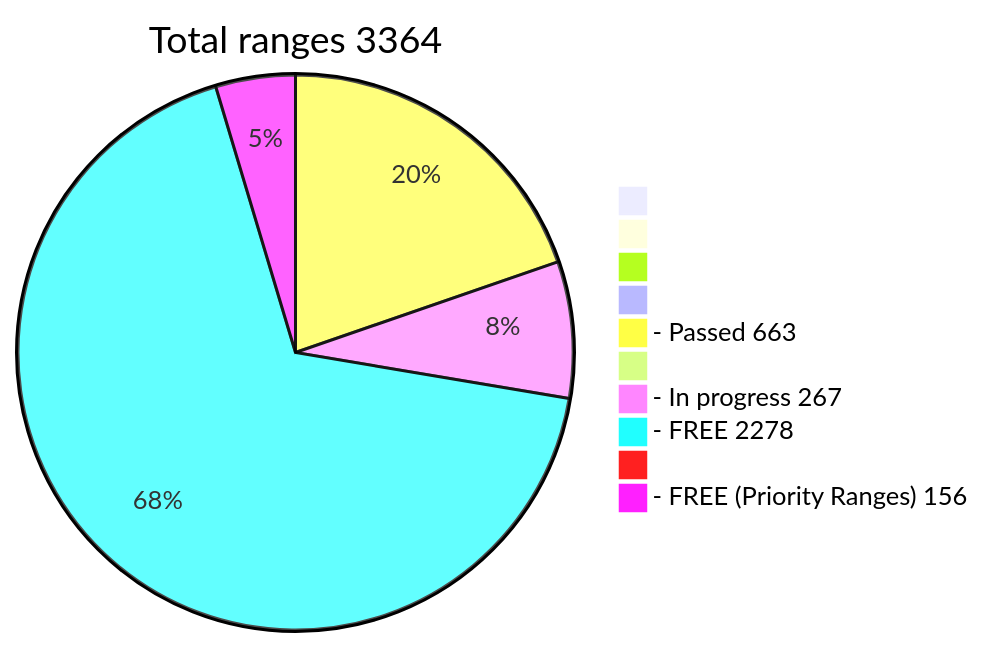
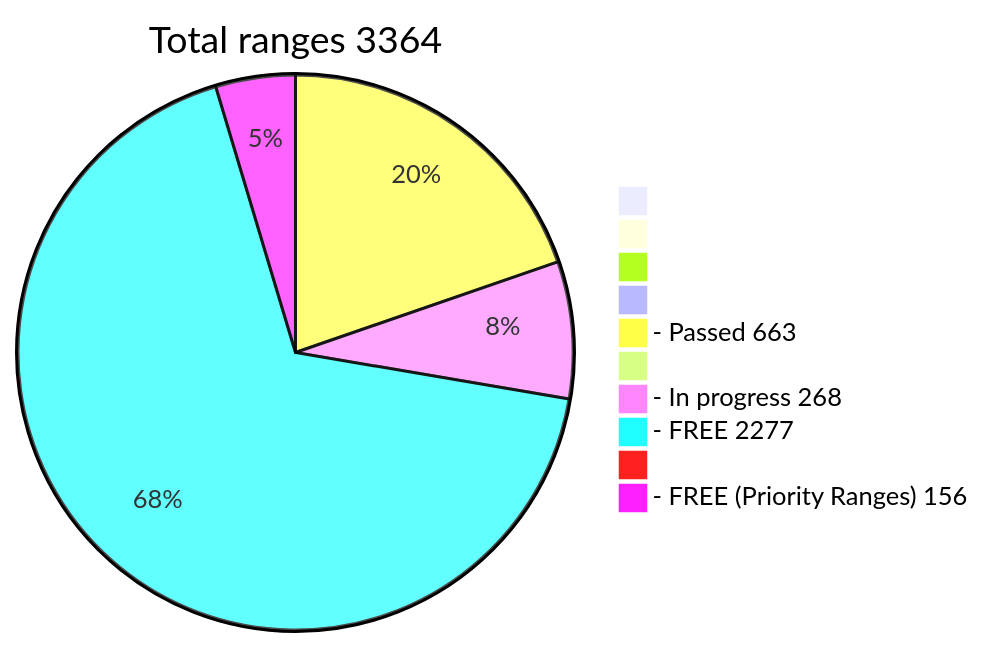
The diagram in README.md (phrutis/wif500), drawn with Mermaid before and after one commit.

````diff
--- a/README.md
+++ b/README.md
@@ -16,13 +16,13 @@
 ```mermaid
 pie title Total ranges 3364
              " " : 0
             "  " : 0
            "   " : 0
           "    " : 0
   "- Passed 663" : 663
          "     " : 0
-  "- In progress 267" : 267
-   "- FREE 2278" : 2278
+  "- In progress 268" : 268
+   "- FREE 2277" : 2277
         "      " : 0
   "- FREE (Priority Ranges) 156" : 156
 ```
````
